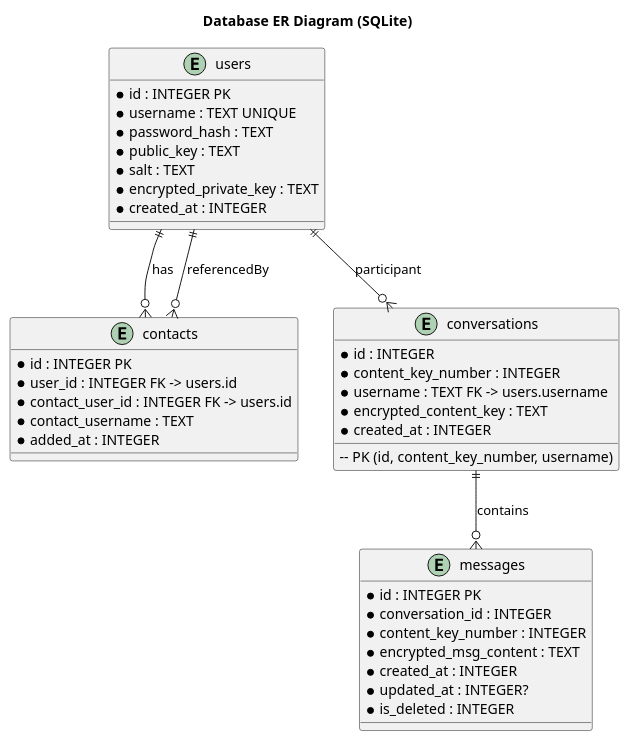
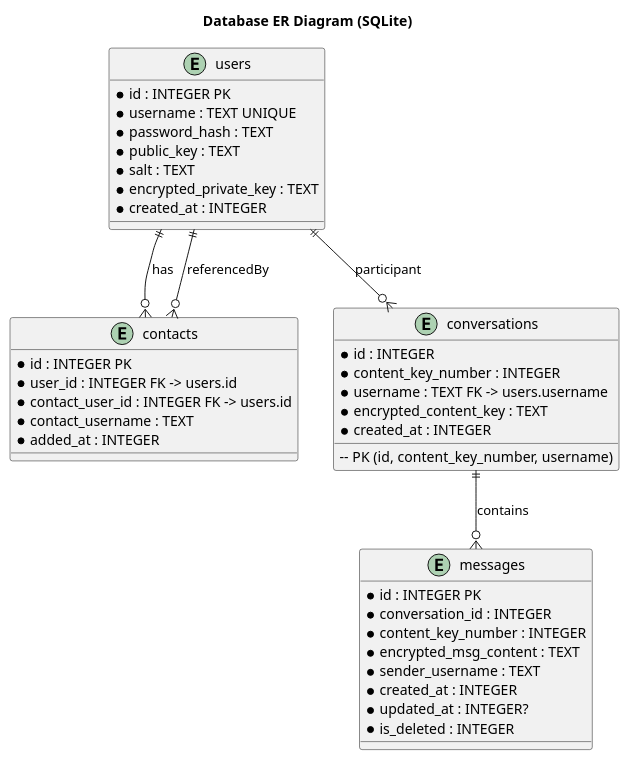
One commit to jhanra13/DJABHR-SecDove changed the diagram in docs/plantuml/db-er-diagram.puml. Above: the diagram before and after it, drawn with PlantUML. The commit also changed other lines of this file and 12 other files, not shown here.

```diff
--- a/docs/plantuml/db-er-diagram.puml
+++ b/docs/plantuml/db-er-diagram.puml
@@ -1,46 +1,47 @@
 @startuml
 title Database ER Diagram (SQLite)
 
 entity users {
   *id : INTEGER PK
   *username : TEXT UNIQUE
   *password_hash : TEXT
   *public_key : TEXT
   *salt : TEXT
   *encrypted_private_key : TEXT
   *created_at : INTEGER
 }
 
 entity contacts {
   *id : INTEGER PK
   *user_id : INTEGER FK -> users.id
   *contact_user_id : INTEGER FK -> users.id
   *contact_username : TEXT
   *added_at : INTEGER
 }
 
 entity conversations {
   *id : INTEGER
   *content_key_number : INTEGER
   *username : TEXT FK -> users.username
   *encrypted_content_key : TEXT
   *created_at : INTEGER
   -- PK (id, content_key_number, username)
 }
 
 entity messages {
   *id : INTEGER PK
   *conversation_id : INTEGER
   *content_key_number : INTEGER
   *encrypted_msg_content : TEXT
+  *sender_username : TEXT
   *created_at : INTEGER
   *updated_at : INTEGER?
   *is_deleted : INTEGER
 }
 
 users ||--o{ contacts : has
 users ||--o{ contacts : referencedBy
 users ||--o{ conversations : participant
 conversations ||--o{ messages : contains
 
 @enduml
```
